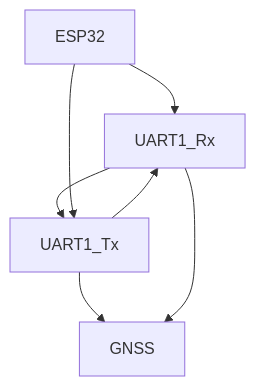
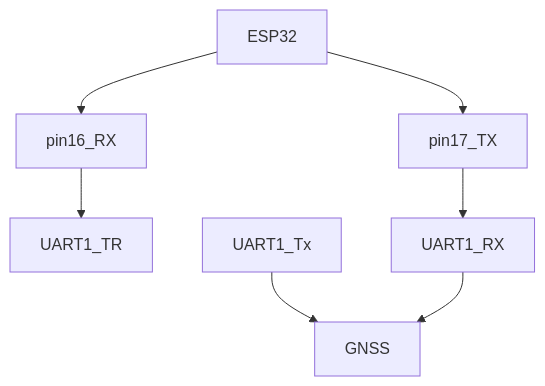
Before and after one commit to CentipedeRTK/docs-centipedeRTK: the diagram in docs/make_rover/rover_v6.md, drawn with Mermaid.

Commit message:
upd rover v6

````diff
--- a/docs/make_rover/rover_v6.md
+++ b/docs/make_rover/rover_v6.md
@@ -17,5 +17,9 @@
 ```mermaid
 graph TD;
-ESP32-->UART1_Rx-->UART1_Tx-->GNSS;
-ESP32-->UART1_Tx-->UART1_Rx-->GNSS;
+    ESP32-->pin16_RX;
+    pin16_RX-->UART1_TR;
+    UART1_Tx-->GNSS;
+    ESP32-->pin17_TX;
+    pin17_TX-->UART1_RX;
+    UART1_RX-->GNSS;
 ```
````
